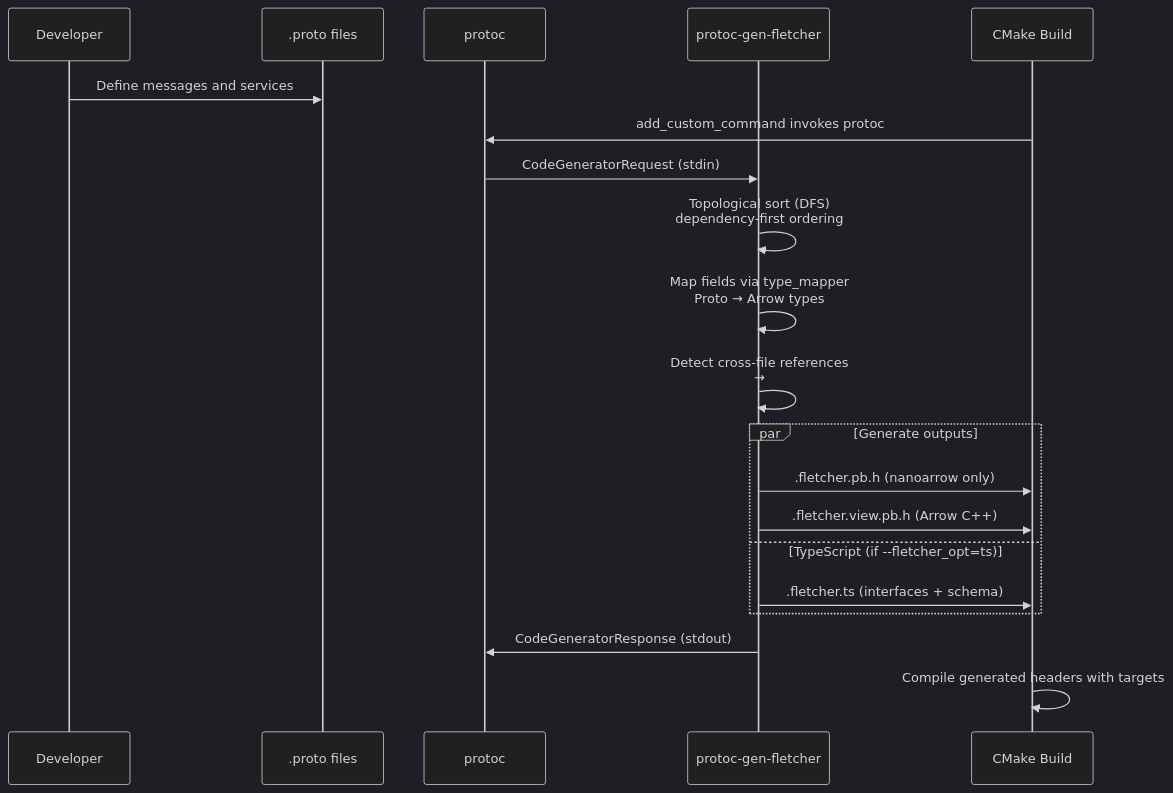
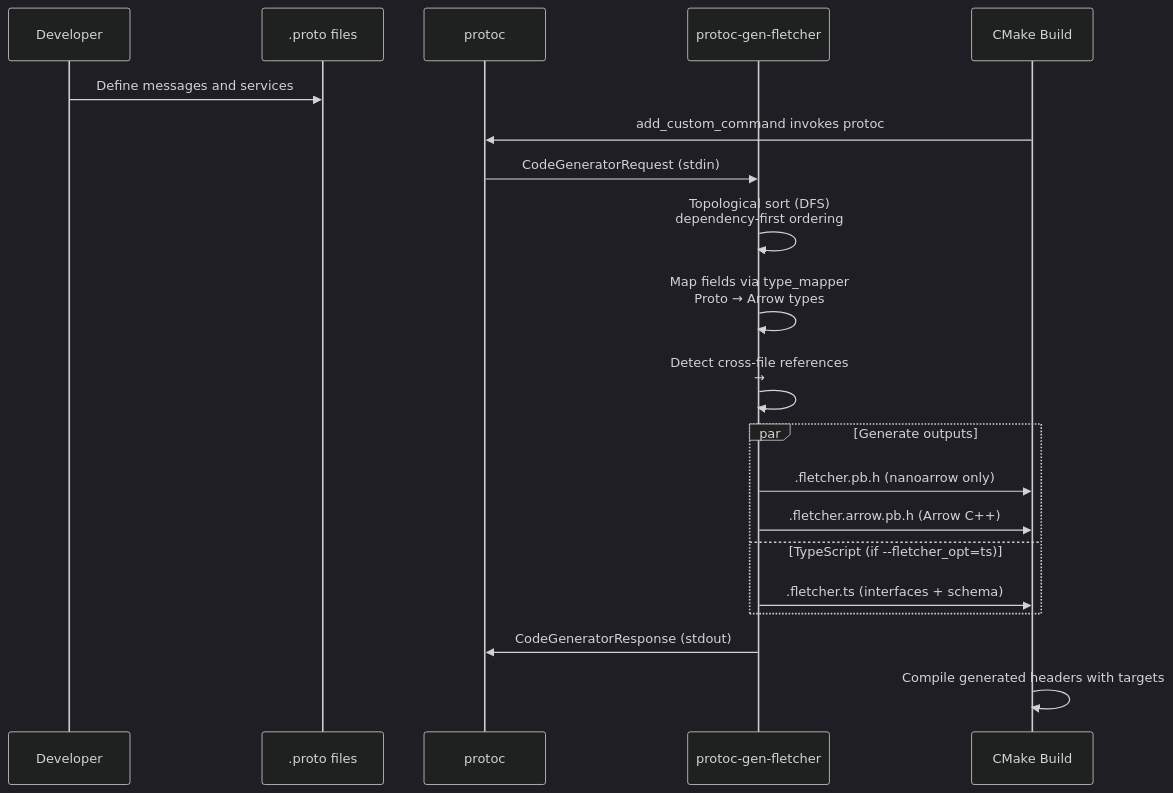
The fourth of 6 diagrams in docs/data-flow-diagrams.md (eivacom/Fletcher), drawn with Mermaid (dark theme) before and after one commit. The commit also changed 7 other files, not shown here.

First line of the commit message:
Rename .fletcher.view.pb.h to .fletcher.arrow.pb.h, add ToArrowRow() free functions

````diff
--- a/docs/data-flow-diagrams.md
+++ b/docs/data-flow-diagrams.md
@@ -111,26 +111,26 @@
 ```mermaid
 sequenceDiagram
     participant DEV as Developer
     participant PROTO as .proto files
     participant PROTOC as protoc
     participant PLUGIN as protoc-gen-fletcher
     participant CMAKE as CMake Build
 
     DEV->>PROTO: Define messages and services
     CMAKE->>PROTOC: add_custom_command invokes protoc
     PROTOC->>PLUGIN: CodeGeneratorRequest (stdin)
 
     PLUGIN->>PLUGIN: Topological sort (DFS)<br/>dependency-first ordering
     PLUGIN->>PLUGIN: Map fields via type_mapper<br/>Proto → Arrow types
     PLUGIN->>PLUGIN: Detect cross-file references<br/>→ #include directives
 
     par Generate outputs
         PLUGIN->>CMAKE: .fletcher.pb.h (nanoarrow only)
-        PLUGIN->>CMAKE: .fletcher.view.pb.h (Arrow C++)
+        PLUGIN->>CMAKE: .fletcher.arrow.pb.h (Arrow C++)
     and TypeScript (if --fletcher_opt=ts)
         PLUGIN->>CMAKE: .fletcher.ts (interfaces + schema)
     end
 
     PLUGIN->>PROTOC: CodeGeneratorResponse (stdout)
     CMAKE->>CMAKE: Compile generated headers with targets
 ```
````
